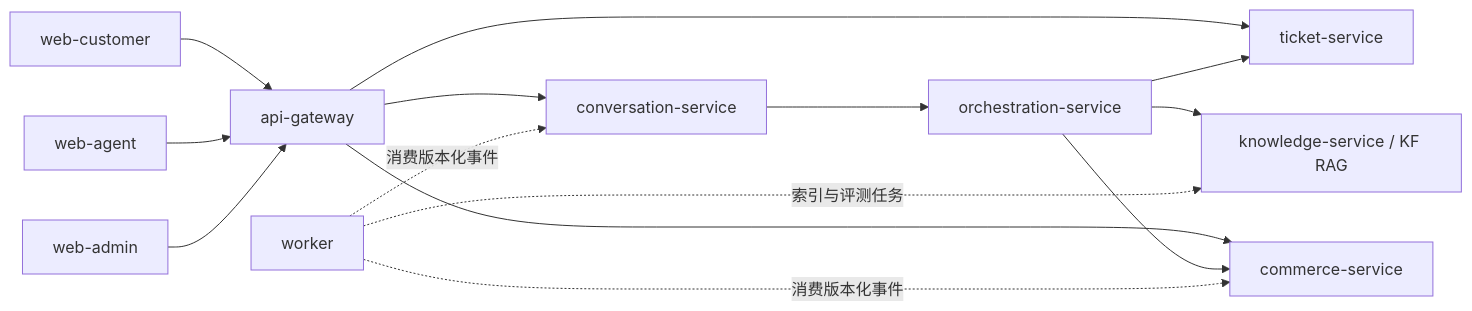
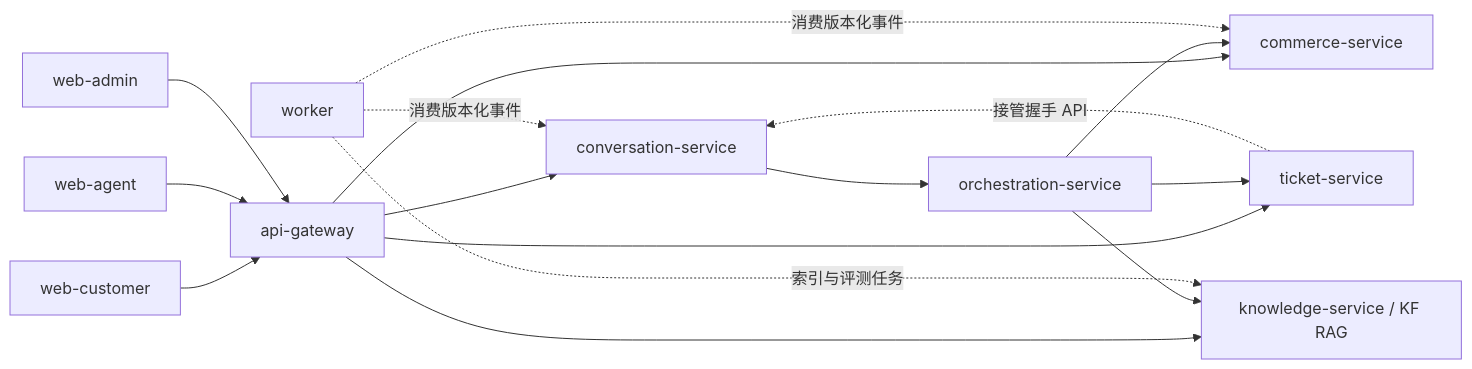
One commit to sy824869109/intelligent-commerce-support-v1 changed the diagram in docs/architecture/module-boundaries.md. Above: the diagram before and after it, drawn with Mermaid. The commit also changed other lines of this file and 20 other files, not shown here.

Commit message:
docs(architecture): close V1 handoff gaps and synchronize flow

````diff
--- a/docs/architecture/module-boundaries.md
+++ b/docs/architecture/module-boundaries.md
@@ -5,16 +5,18 @@
 ```mermaid
 flowchart LR
     WC["web-customer"] --> GW["api-gateway"]
     WA["web-agent"] --> GW
     WM["web-admin"] --> GW
     GW --> CV["conversation-service"]
     GW --> CM["commerce-service"]
     GW --> TK["ticket-service"]
+    GW --> KS["knowledge-service / KF RAG"]
     CV --> OR["orchestration-service"]
     OR --> CM
-    OR --> KS["knowledge-service / KF RAG"]
+    OR --> KS
     OR --> TK
+    TK -. "接管握手 API" .-> CV
     WK["worker"] -. "消费版本化事件" .-> CV
     WK -. "消费版本化事件" .-> CM
     WK -. "索引与评测任务" .-> KS
 ```
````
